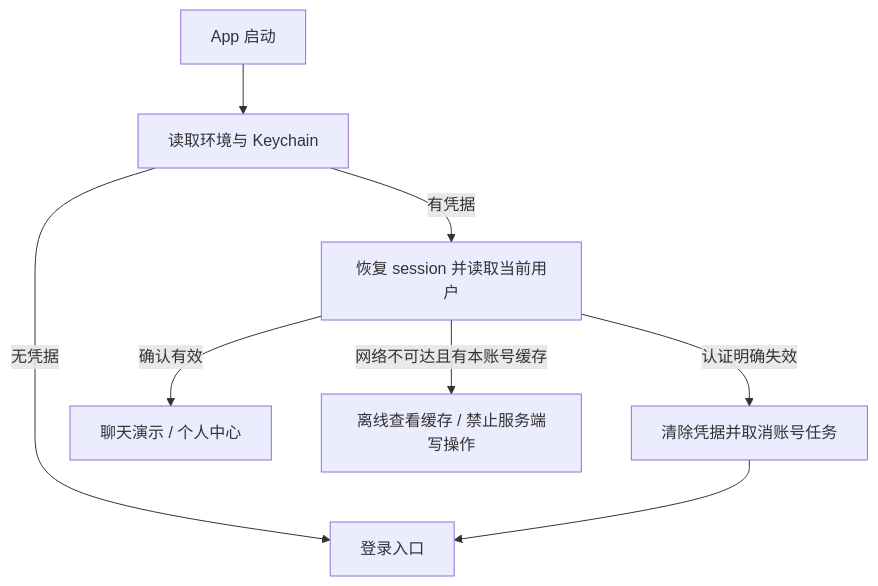
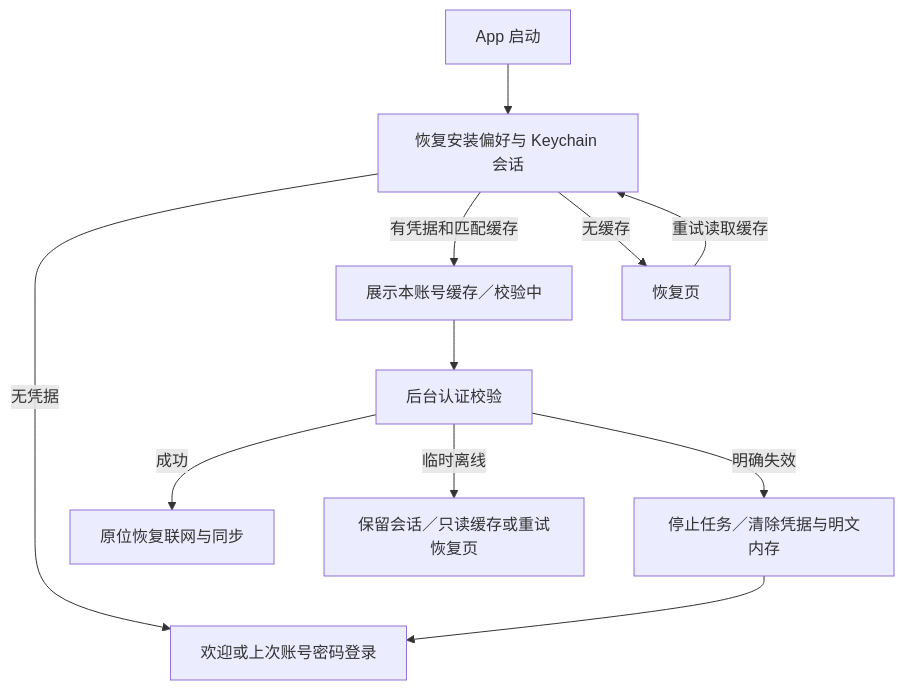
Before and after one commit to astralchen/AzureFish: the diagram in Documentation/Authentication/client-integration.md, drawn with Mermaid. The commit also changed other lines of this file and 55 other files, not shown here.

````diff
--- a/Documentation/Authentication/client-integration.md
+++ b/Documentation/Authentication/client-integration.md
@@ -45,10 +45,13 @@
 ```mermaid
 flowchart TD
-    START[App 启动] --> READ[读取环境与 Keychain]
-    READ -->|无凭据| LOGIN[登录入口]
-    READ -->|有凭据| RESTORE[恢复 session 并读取当前用户]
-    RESTORE -->|确认有效| HOME[聊天演示 / 个人中心]
-    RESTORE -->|网络不可达且有本账号缓存| OFFLINE[离线查看缓存 / 禁止服务端写操作]
-    RESTORE -->|认证明确失效| CLEAR[清除凭据并取消账号任务]
+    START[App 启动] --> READ[恢复安装偏好与 Keychain 会话]
+    READ -->|无凭据| LOGIN[欢迎或上次账号密码登录]
+    READ -->|有凭据和匹配缓存| LOCAL[展示本账号缓存／校验中]
+    READ -->|无缓存| WAIT[恢复页]
+    LOCAL --> CHECK[后台认证校验]
+    WAIT -->|重试读取缓存| READ
+    CHECK -->|成功| HOME[原位恢复联网与同步]
+    CHECK -->|临时离线| OFFLINE[保留会话／只读缓存或重试恢复页]
+    CHECK -->|明确失效| CLEAR[停止任务／清除凭据与明文内存]
     CLEAR --> LOGIN
 ```
````
